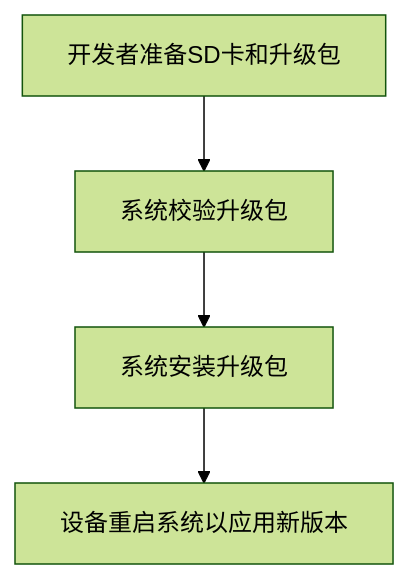
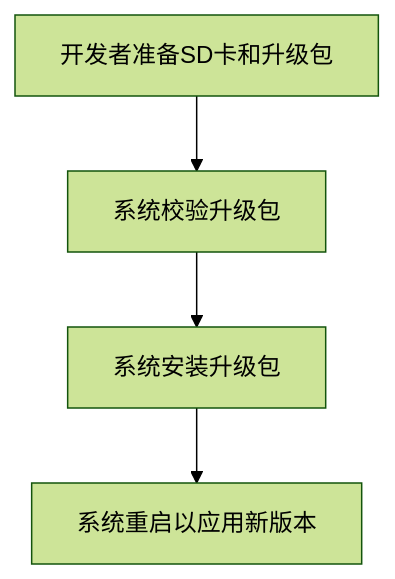
Before and after one commit to openharmony-rs/openharmony-docs: the first of 6 diagrams in zh-cn/application-dev/reference/apis-basic-services-kit/js-apis-update-sys.md, drawn with Mermaid (forest theme). The commit also changed other lines of this file, not shown here.

````diff
--- a/zh-cn/application-dev/reference/apis-basic-services-kit/js-apis-update-sys.md
+++ b/zh-cn/application-dev/reference/apis-basic-services-kit/js-apis-update-sys.md
@@ -21,6 +23,6 @@
 ```mermaid
 graph TD
     A[开发者准备SD卡和升级包] --> B[系统校验升级包]
     B --> C[系统安装升级包]
-    C --> D[设备重启系统以应用新版本]
+    C --> D[系统重启以应用新版本]
 ```
````
